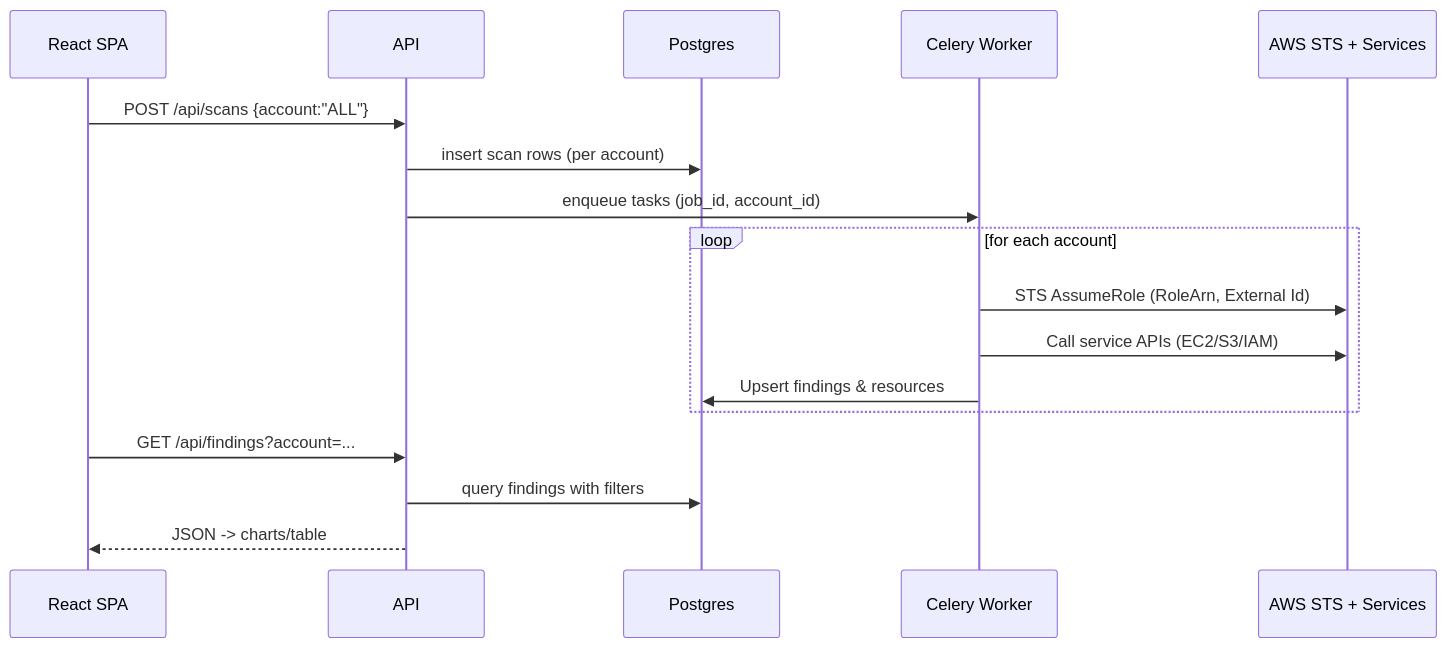
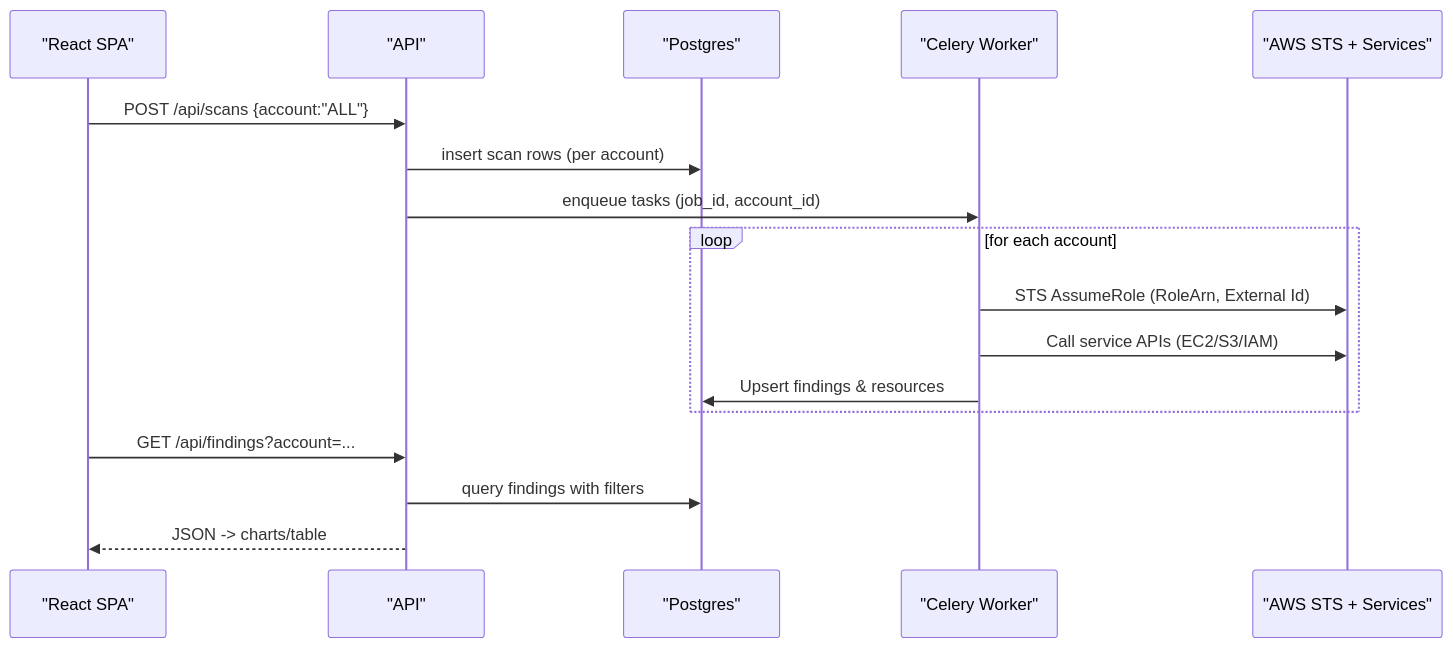
The second of 2 diagrams in README.md (Omer-Agniho/MonuCloud-Preview), drawn with Mermaid before and after one commit. The commit also changed other lines of this file, not shown here.

Commit message:
feat(README): add React.js to the docuementation

````diff
--- a/README.md
+++ b/README.md
@@ -57,20 +57,21 @@
 ```mermaid
 sequenceDiagram
-  participant U as React SPA
-  participant A as API
-  participant D as Postgres
-  participant W as Celery Worker
-  participant S as AWS STS + Services
+  participant U as "React SPA"
+  participant A as "API"
+  participant D as "Postgres"
+  participant W as "Celery Worker"
+  participant S as "AWS STS + Services"
 
   U->>A: POST /api/scans {account:"ALL"}
   A->>D: insert scan rows (per account)
   A->>W: enqueue tasks (job_id, account_id)
   loop for each account
     W->>S: STS AssumeRole (RoleArn, External Id)
     W->>S: Call service APIs (EC2/S3/IAM)
     W->>D: Upsert findings & resources
   end
   U->>A: GET /api/findings?account=...
   A->>D: query findings with filters
   A-->>U: JSON -> charts/table
+
 ```
````
